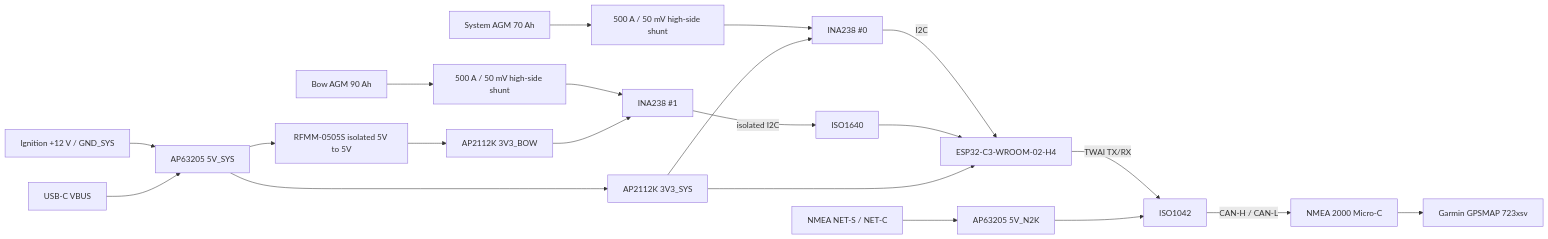
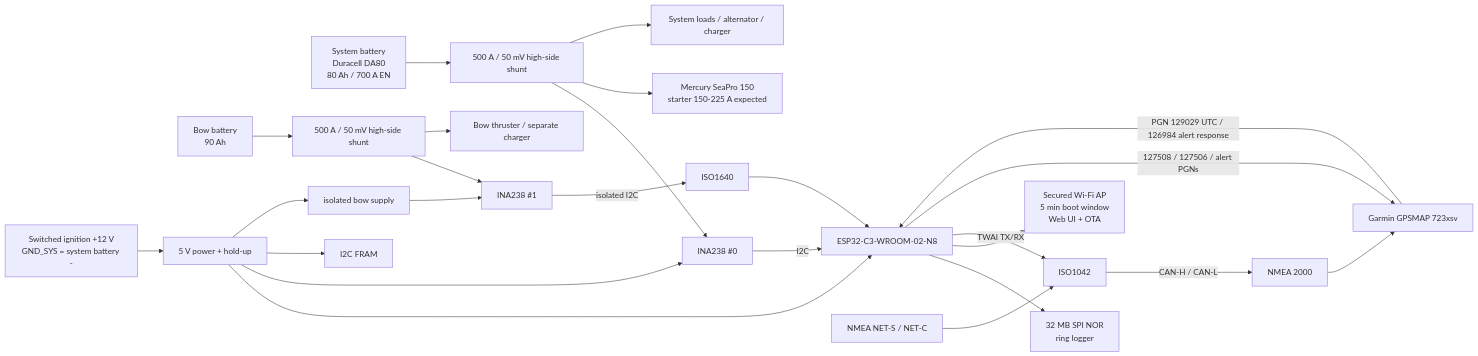
The first of 2 diagrams in docs/architecture.md (Weisni/BatterySentinel-N2K), drawn with Mermaid before and after one commit. The commit also changed other lines of this file, not shown here.

Commit message:
Update architecture for diagnostics, logging and corrected system battery

````diff
--- a/docs/architecture.md
+++ b/docs/architecture.md
@@ -7,28 +7,32 @@
 ```mermaid
 flowchart LR
-    SA[System AGM 70 Ah] --> SSA[500 A / 50 mV high-side shunt]
+    SA[System battery\nDuracell DA80\n80 Ah / 700 A EN] --> SSA[500 A / 50 mV high-side shunt]
     SSA --> IA[INA238 #0]
+    SSA --> MERC[Mercury SeaPro 150\nstarter 150-225 A expected]
+    SSA --> SYSLOAD[System loads / alternator / charger]
 
-    BB[Bow AGM 90 Ah] --> SSB[500 A / 50 mV high-side shunt]
+    BB[Bow battery\n90 Ah] --> SSB[500 A / 50 mV high-side shunt]
     SSB --> IB[INA238 #1]
+    SSB --> BOWLOAD[Bow thruster / separate charger]
 
-    IA -->|I2C| ESP[ESP32-C3-WROOM-02-H4]
+    IA -->|I2C| ESP[ESP32-C3-WROOM-02-N8]
     IB -->|isolated I2C| ISOI2C[ISO1640]
     ISOI2C --> ESP
 
-    IGN[Ignition +12 V / GND_SYS] --> BUCK5SYS[AP63205 5V_SYS]
-    USB[USB-C VBUS] --> BUCK5SYS
-    BUCK5SYS --> LDO3[AP2112K 3V3_SYS]
-    LDO3 --> ESP
-    LDO3 --> IA
+    IGN[Switched ignition +12 V\nGND_SYS = system battery -] --> PWR[5 V power + hold-up]
+    PWR --> ESP
+    PWR --> IA
+    PWR --> FRAM[I2C FRAM]
+    PWR --> IDCDC[isolated bow supply]
+    IDCDC --> IB
 
-    BUCK5SYS --> IDCDC[RFMM-0505S isolated 5V to 5V]
-    IDCDC --> LDOB[AP2112K 3V3_BOW]
-    LDOB --> IB
+    ESP --> NOR[32 MB SPI NOR\nring logger]
+    ESP --> WIFI[Secured Wi-Fi AP\n5 min boot window\nWeb UI + OTA]
 
     ESP -->|TWAI TX/RX| ISOCAN[ISO1042]
-    N2KPOWER[NMEA NET-S / NET-C] --> BUCK5N2K[AP63205 5V_N2K]
-    BUCK5N2K --> ISOCAN
-    ISOCAN -->|CAN-H / CAN-L| N2K[NMEA 2000 Micro-C]
+    N2KPOWER[NMEA NET-S / NET-C] --> ISOCAN
+    ISOCAN -->|CAN-H / CAN-L| N2K[NMEA 2000]
     N2K --> GARMIN[Garmin GPSMAP 723xsv]
+    GARMIN -->|PGN 129029 UTC / 126984 alert response| ESP
+    ESP -->|127508 / 127506 / alert PGNs| GARMIN
 ```
````
